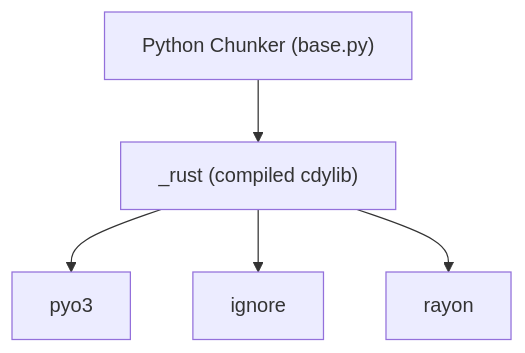
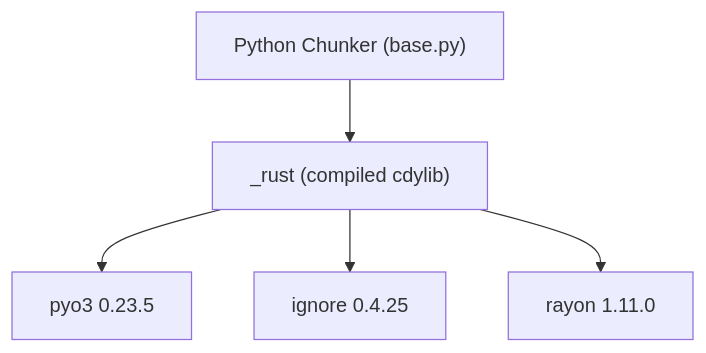
One commit to maemreyo/zmr-ctx-paker changed the seventh of 7 diagrams in .qoder/repowiki/en/content/Performance & Optimization/Rust Extension.md. Above: the diagram before and after it, drawn with Mermaid. The commit also changed other lines of this file and 10 other files, not shown here.

````diff
--- a/.qoder/repowiki/en/content/Performance & Optimization/Rust Extension.md
+++ b/.qoder/repowiki/en/content/Performance & Optimization/Rust Extension.md
@@ -211,7 +223,7 @@
 ```mermaid
 graph TB
 Py["Python Chunker (base.py)"] --> Rust["_rust (compiled cdylib)"]
-Rust --> Pyo3["pyo3"]
-Rust --> Ignore["ignore"]
-Rust --> Rayon["rayon"]
+Rust --> Pyo3["pyo3 0.23.5"]
+Rust --> Ignore["ignore 0.4.25"]
+Rust --> Rayon["rayon 1.11.0"]
 ```
````
